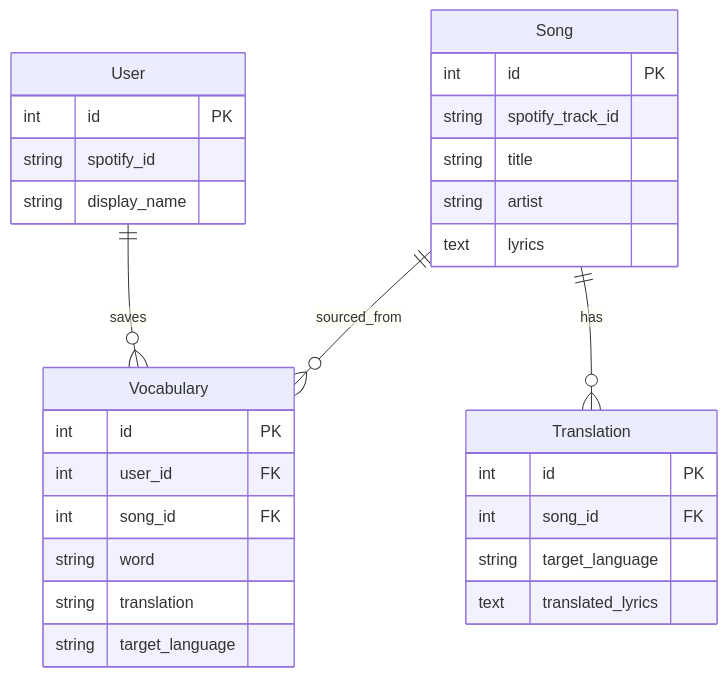
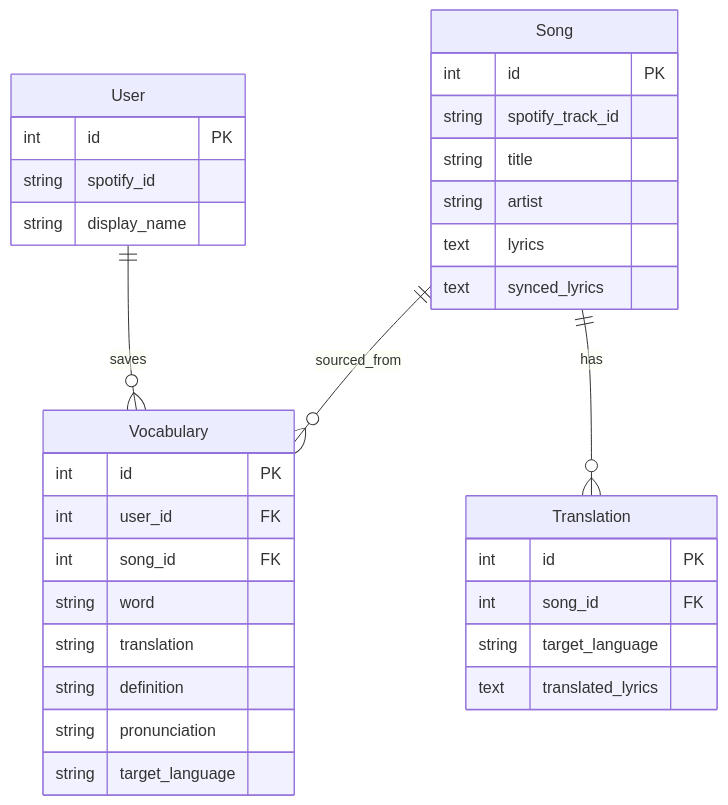
One commit to ishraqb/Linguify changed the fourth of 4 diagrams in docs/ARCHITECTURE.md. Above: the diagram before and after it, drawn with Mermaid. The commit also changed other lines of this file, not shown here.

Commit message:
Updated ARCHITECTURE.md file to reflect Project 3 changes

````diff
--- a/docs/ARCHITECTURE.md
+++ b/docs/ARCHITECTURE.md
@@ -109,33 +178,36 @@
 ```mermaid
 erDiagram
     User ||--o{ Vocabulary : saves
     Song ||--o{ Translation : has
     Song ||--o{ Vocabulary : sourced_from
 
     User {
         int id PK
         string spotify_id
         string display_name
     }
     Song {
         int id PK
         string spotify_track_id
         string title
         string artist
         text lyrics
+        text synced_lyrics
     }
     Translation {
         int id PK
         int song_id FK
         string target_language
         text translated_lyrics
     }
     Vocabulary {
         int id PK
         int user_id FK
         int song_id FK
         string word
         string translation
+        string definition
+        string pronunciation
         string target_language
     }
 ```
````
